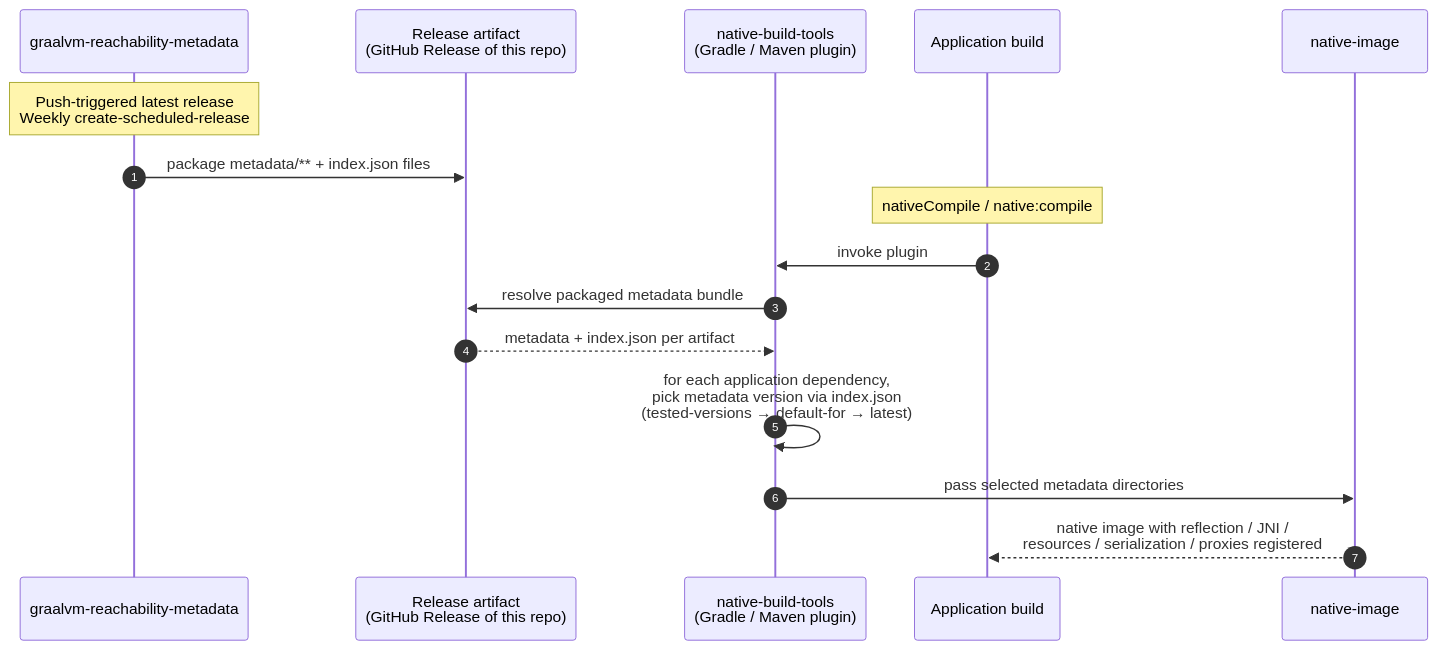
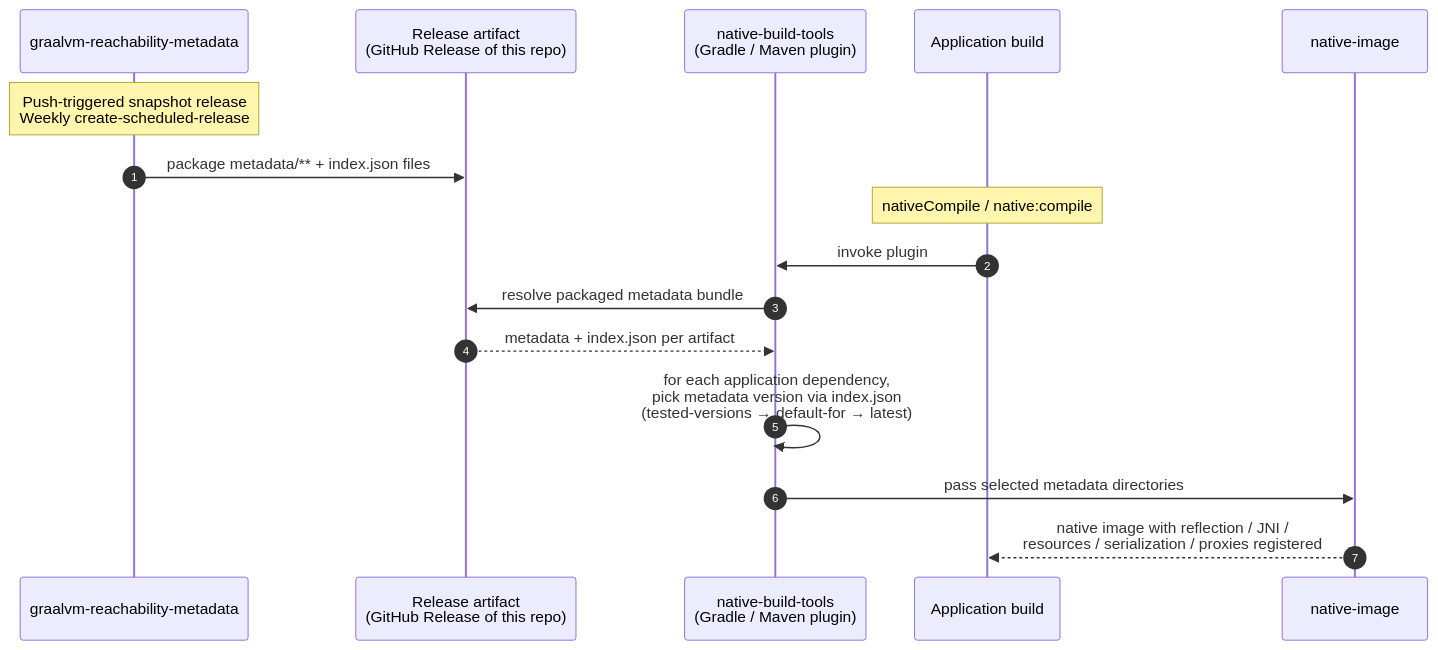
Before and after one commit to oracle/graalvm-reachability-metadata: the first of 2 diagrams in docs/functional-spec.md, drawn with Mermaid. The commit also changed other lines of this file and 4 other files, not shown here.

Commit message:
Rename floating release workflow to snapshot

````diff
--- a/docs/functional-spec.md
+++ b/docs/functional-spec.md
@@ -137,20 +137,20 @@
 ```mermaid
 sequenceDiagram
     autonumber
     participant Repo as graalvm-reachability-metadata
     participant Artifact as Release artifact<br/>(GitHub Release of this repo)
     participant NBT as native-build-tools<br/>(Gradle / Maven plugin)
     participant App as Application build
     participant NI as native-image
 
-    Note over Repo: Push-triggered latest release<br/>Weekly create-scheduled-release
+    Note over Repo: Push-triggered snapshot release<br/>Weekly create-scheduled-release
     Repo->>Artifact: package metadata/** + index.json files
 
     Note over App: nativeCompile / native:compile
     App->>NBT: invoke plugin
     NBT->>Artifact: resolve packaged metadata bundle
     Artifact-->>NBT: metadata + index.json per artifact
     NBT->>NBT: for each application dependency,<br/>pick metadata version via index.json<br/>(tested-versions → default-for → latest)
     NBT->>NI: pass selected metadata directories
     NI-->>App: native image with reflection / JNI /<br/>resources / serialization / proxies registered
 ```
````
